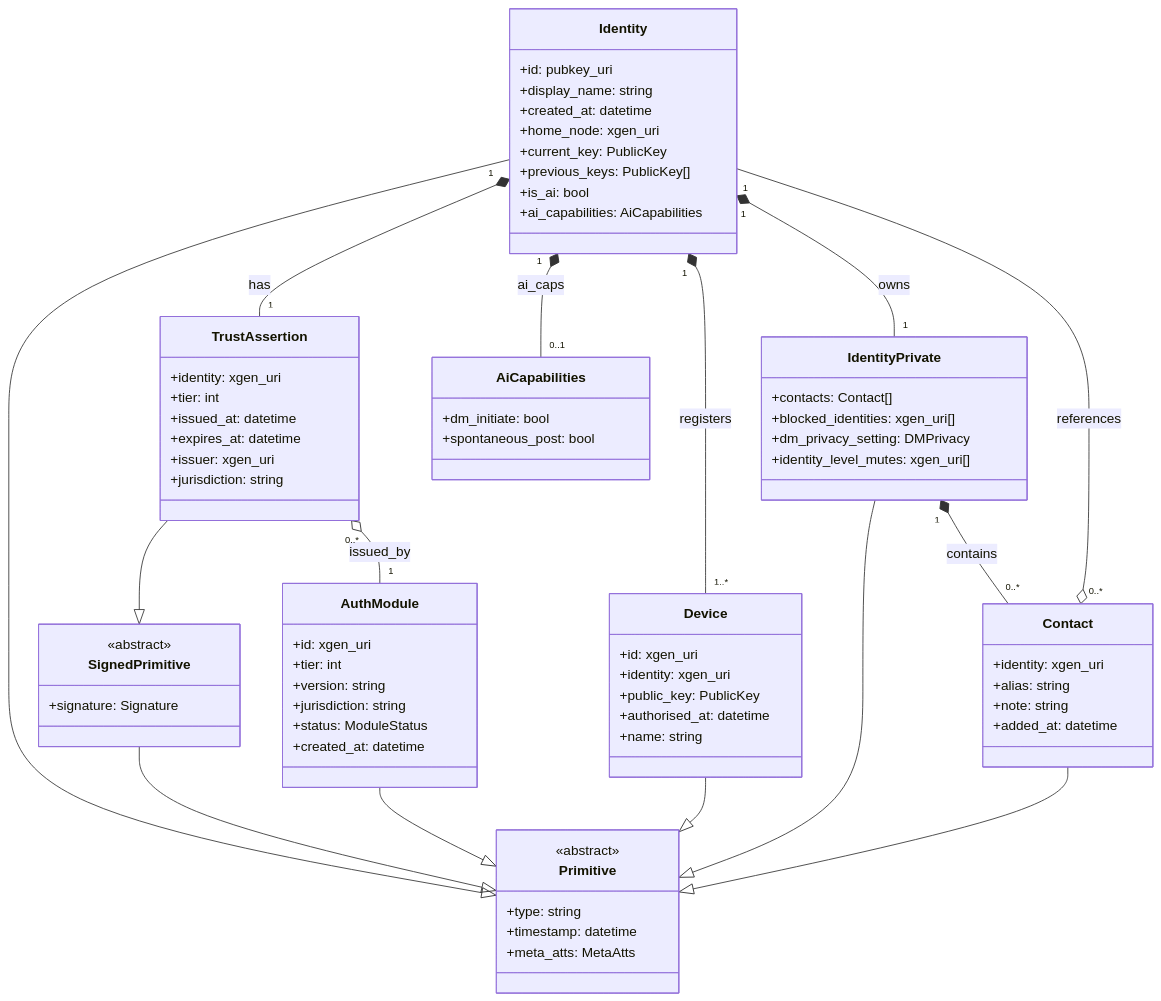
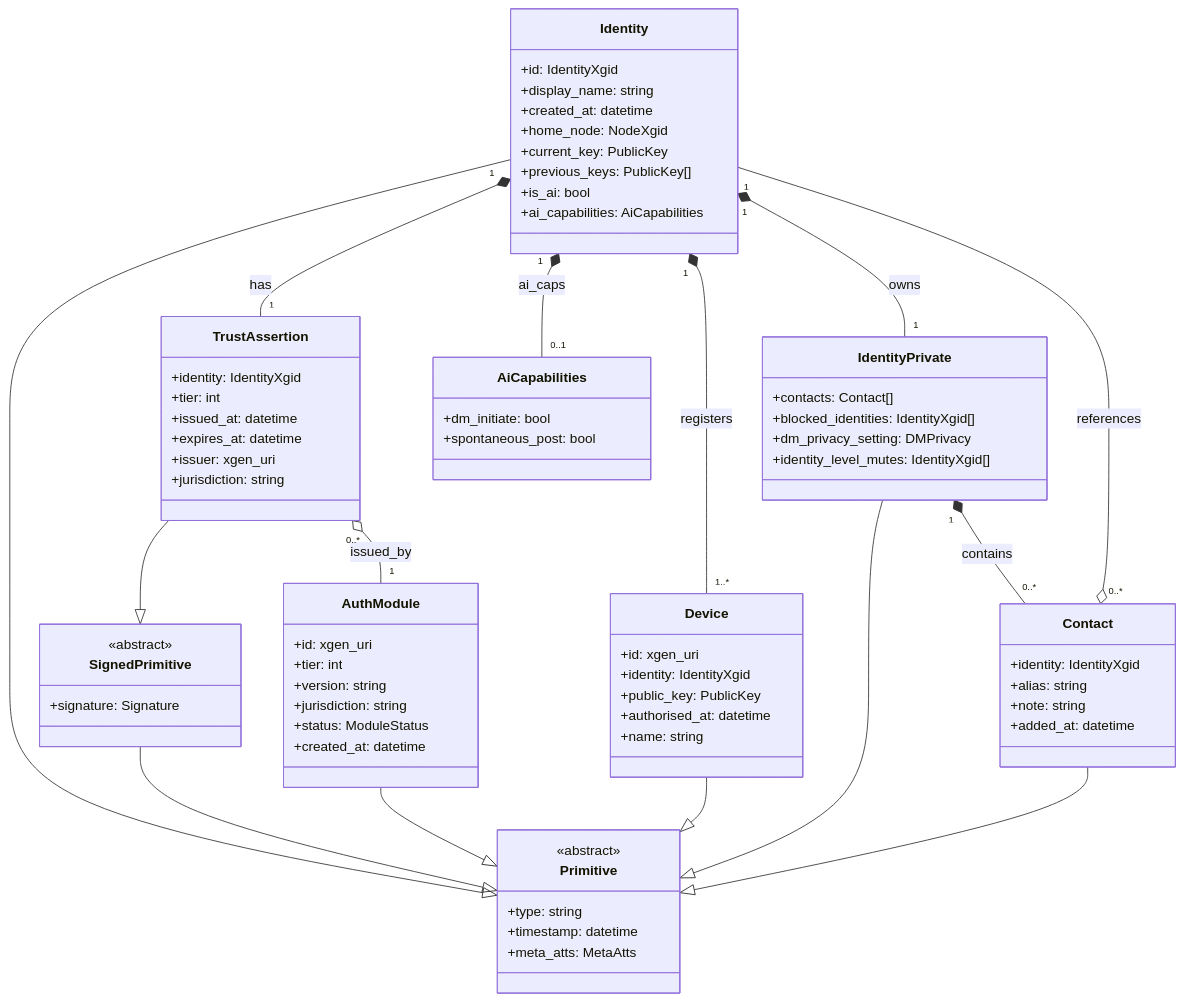
One commit to ianus777/XGenProtocol changed the third of 16 diagrams in docs/xgen_appendix_c_en.md. Above: the diagram before and after it, drawn with Mermaid. The commit also changed other lines of this file and 1 other file, not shown here.

```diff
--- a/docs/xgen_appendix_c_en.md
+++ b/docs/xgen_appendix_c_en.md
@@ -273,10 +275,10 @@
 
     %% ── Identity layer ────────────────────────────────────────────
     class Identity {
-        +id: pubkey_uri
+        +id: IdentityXgid
         +display_name: string
         +created_at: datetime
-        +home_node: xgen_uri
+        +home_node: NodeXgid
         +current_key: PublicKey
         +previous_keys: PublicKey[]
         +is_ai: bool
@@ -287,7 +289,7 @@
         +spontaneous_post: bool
     }
     class TrustAssertion {
-        +identity: xgen_uri
+        +identity: IdentityXgid
         +tier: int
         +issued_at: datetime
         +expires_at: datetime
@@ -296,7 +298,7 @@
     }
     class Device {
         +id: xgen_uri
-        +identity: xgen_uri
+        +identity: IdentityXgid
         +public_key: PublicKey
         +authorised_at: datetime
         +name: string
@@ -312,16 +314,16 @@
 
     %% ── Social layer ──────────────────────────────────────────────
     class Contact {
-        +identity: xgen_uri
+        +identity: IdentityXgid
         +alias: string
         +note: string
         +added_at: datetime
     }
     class IdentityPrivate {
         +contacts: Contact[]
-        +blocked_identities: xgen_uri[]
+        +blocked_identities: IdentityXgid[]
         +dm_privacy_setting: DMPrivacy
-        +identity_level_mutes: xgen_uri[]
+        +identity_level_mutes: IdentityXgid[]
     }
 
     Identity --|> Primitive
```
